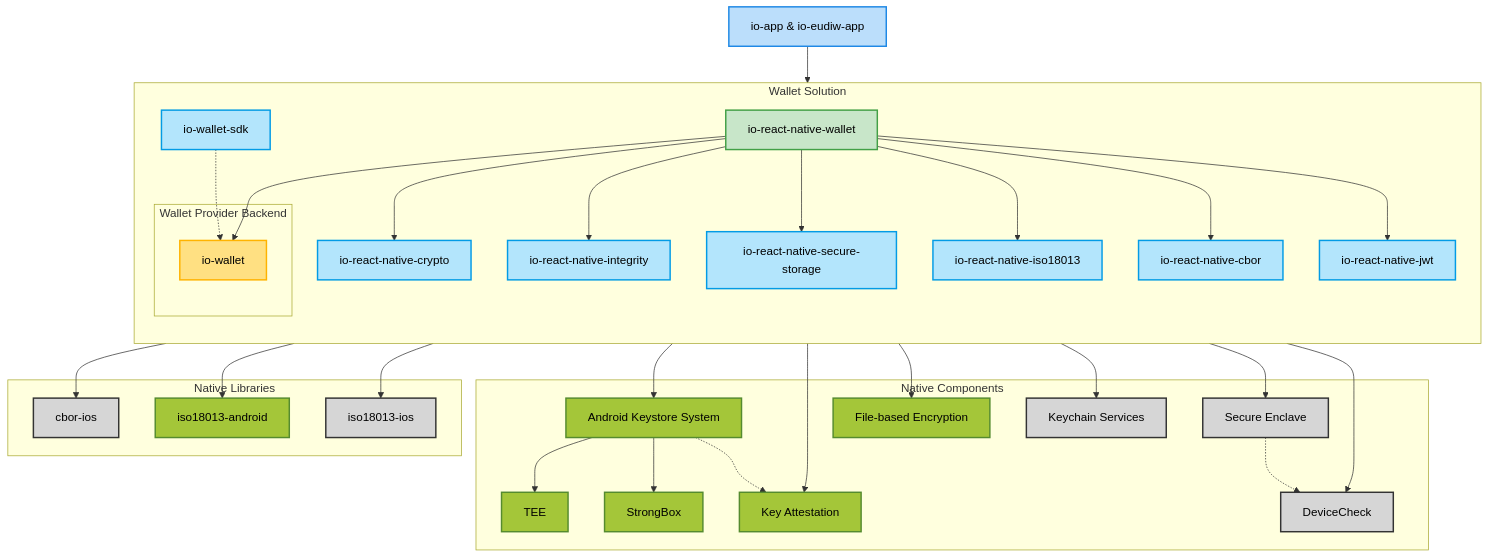
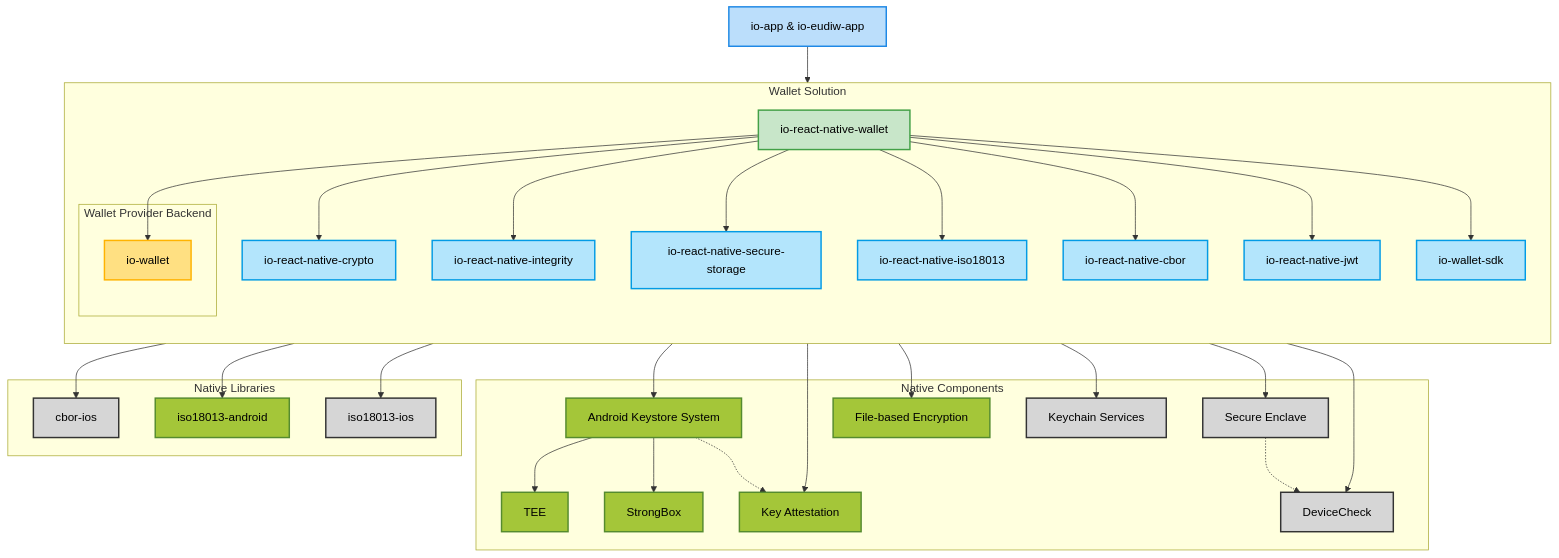
One commit to pagopa/digital-identity-wallet changed the diagram in README.md. Above: the diagram before and after it, drawn with Mermaid.

Commit message:
Fix IO Wallet SDK graph reference

````diff
--- a/README.md
+++ b/README.md
@@ -6,74 +6,73 @@
 ```mermaid
 flowchart TD
  subgraph Wallet_Solution["Wallet Solution"]
     direction TB
         iornw["io-react-native-wallet"]
         iornc["io-react-native-crypto"]
         iorni["io-react-native-integrity"]
         iornss["io-react-native-secure-storage"]
         iornprx["io-react-native-iso18013"]
         iorncbor["io-react-native-cbor"]
         iornjwt["io-react-native-jwt"]
         iowsdk["io-wallet-sdk"]
 
         subgraph Wallet_Provider_Backend["Wallet Provider Backend"]
             iw["io-wallet"]
         end
 
   end
 
  subgraph Native_Components["Native Components"]
         akss["Android Keystore System"]
         se["Secure Enclave"]
         TEE["TEE"]
         StrongBox["StrongBox"]
         fbe["File-based Encryption"]
         ks["Keychain Services"]
         ka["Key Attestation"]
         dc["DeviceCheck"]
   end
  subgraph Native_Libraries["Native Libraries"]
         cborios["cbor-ios"]
         iso18013android["iso18013-android"]
         iso18013ios["iso18013-ios"]
   end
     ioa["io-app & io-eudiw-app"] --> iornw
-    iornw --> iw & iornc & iorni & iornss & iornprx & iorncbor & iornjwt
-    iowsdk -.-> iw
+    iornw --> iw & iornc & iorni & iornss & iornprx & iorncbor & iornjwt & iowsdk
     iornc --> akss & se
     akss --> TEE & StrongBox
     iornss --> fbe & ks
     iorni --> ka & dc
     akss -.-> ka
     se -.-> dc
     iornprx --> iso18013android & iso18013ios
     iorncbor --> cborios
      iornw:::wallet
      iornc:::data
      iorni:::data
      iornss:::data
      iornprx:::data
      iorncbor:::data
      iornjwt:::data
      iowsdk:::data
      iw:::backend
      akss:::android
      se:::ios
      TEE:::android
      StrongBox:::android
      fbe:::android
      ks:::ios
      ka:::android
      dc:::ios
      cborios:::ios
      iso18013android:::android
      iso18013ios:::ios
      ioa:::main
 
     classDef main fill:#bbdefb,stroke:#1e88e5,stroke-width:2px,color:#000000
     classDef backend fill:#ffe082,stroke:#ffb300,stroke-width:2px,color:#000000
     classDef wallet fill:#c8e6c9,stroke:#43a047,stroke-width:2px,color:#000000
     classDef data fill:#b3e5fc,stroke:#039be5,stroke-width:2px,color:#000000
     classDef android fill:#A4C639,stroke:#558B2F,stroke-width:2px,color:#000000
     classDef ios fill:#d6d6d6,stroke:#333333,stroke-width:2px,color:#000000
 ```
````
